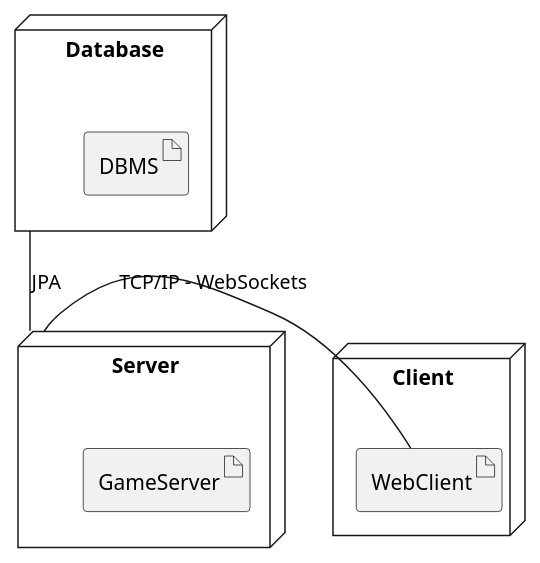
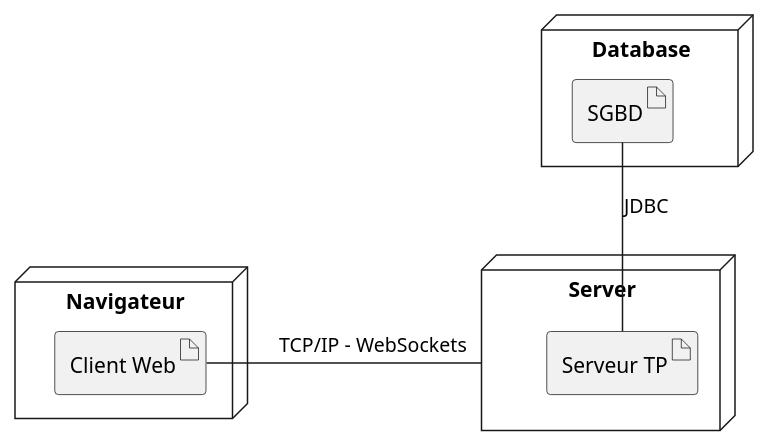
One commit to sybarry/Trivial_Pursuit_CL changed the diagram in trivial-doc/modules/developement/examples/deployment-diagram.puml. Above: the diagram before and after it, drawn with PlantUML. The commit also changed 12 other files, not shown here.

```diff
--- a/trivial-doc/modules/developement/examples/deployment-diagram.puml
+++ b/trivial-doc/modules/developement/examples/deployment-diagram.puml
@@ -1,17 +1,17 @@
 @startuml
 
-node Client {
-    artifact WebClient
+node Navigateur {
+    artifact WebClient as "Client Web"
 }
 node Server {
-    artifact GameServer
+    artifact GameServer as "Serveur TP"
 }
 
 node Database {
-    artifact DBMS
+    artifact DBMS as "SGBD"
 }
 
-WebClient -left- Server : TCP/IP - WebSockets
-Server -up- Database : JPA
+WebClient -right- Server : \t TCP/IP - WebSockets
+GameServer -up- DBMS : JDBC
 
 @enduml
```
